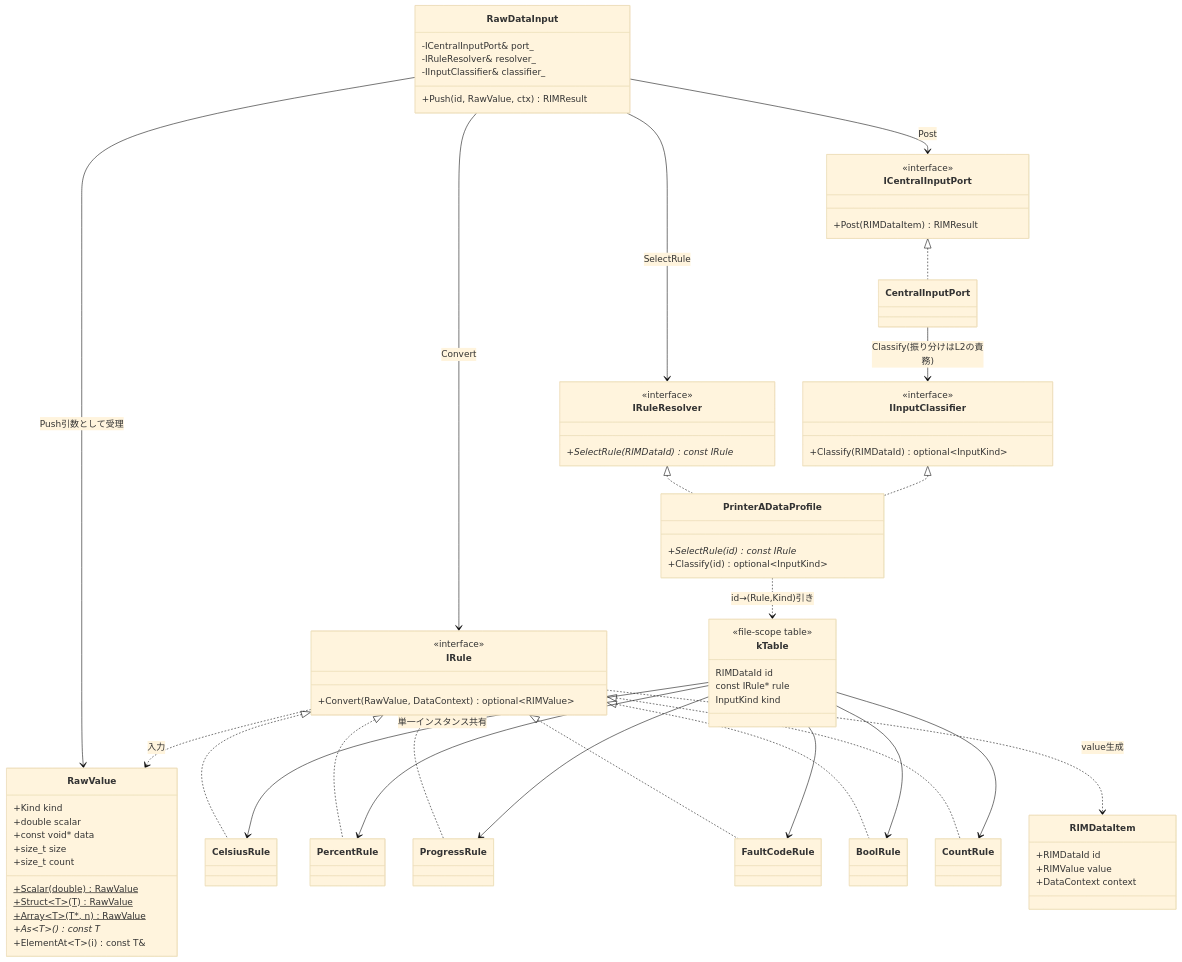
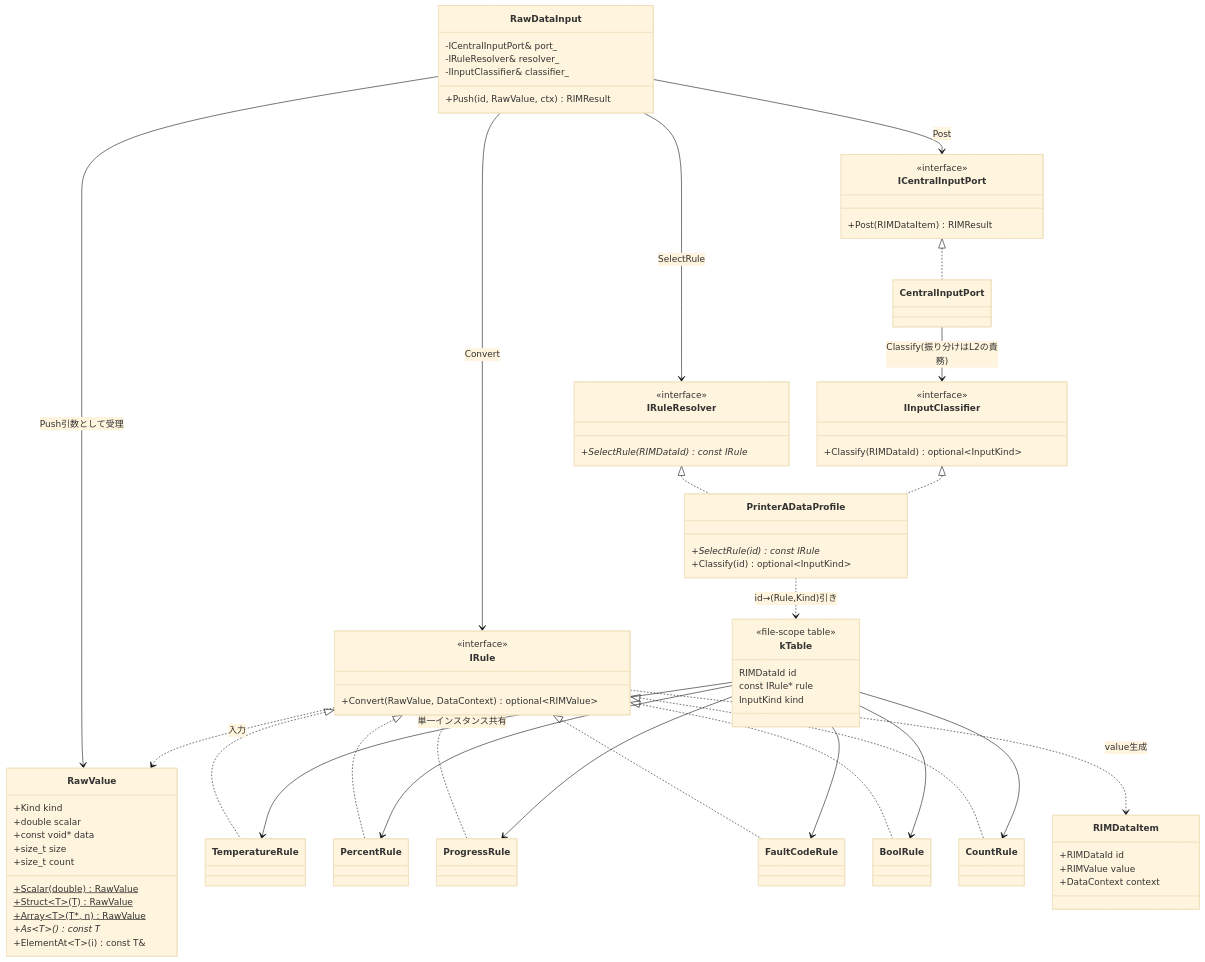
One commit to ceedling-vxworks-test-generator/printer-fw changed the diagram in docs/adapter/03_クラス図.md. Above: the diagram before and after it, drawn with Mermaid (base theme). The commit also changed 23 other files, not shown here.

```diff
--- a/docs/adapter/03_クラス図.md
+++ b/docs/adapter/03_クラス図.md
@@ -58,7 +58,7 @@
         const IRule* rule
         InputKind kind
     }
-    class CelsiusRule
+    class TemperatureRule
     class PercentRule
     class ProgressRule
     class FaultCodeRule
@@ -78,14 +78,14 @@
 
     IRuleResolver <|.. PrinterADataProfile
     IInputClassifier <|.. PrinterADataProfile
-    IRule <|.. CelsiusRule
+    IRule <|.. TemperatureRule
     IRule <|.. PercentRule
     IRule <|.. ProgressRule
     IRule <|.. FaultCodeRule
     IRule <|.. BoolRule
     IRule <|.. CountRule
     PrinterADataProfile ..> kTable : id→(Rule,Kind)引き
-    kTable --> CelsiusRule : 単一インスタンス共有
+    kTable --> TemperatureRule : 単一インスタンス共有
     kTable --> PercentRule
     kTable --> ProgressRule
     kTable --> FaultCodeRule
```
